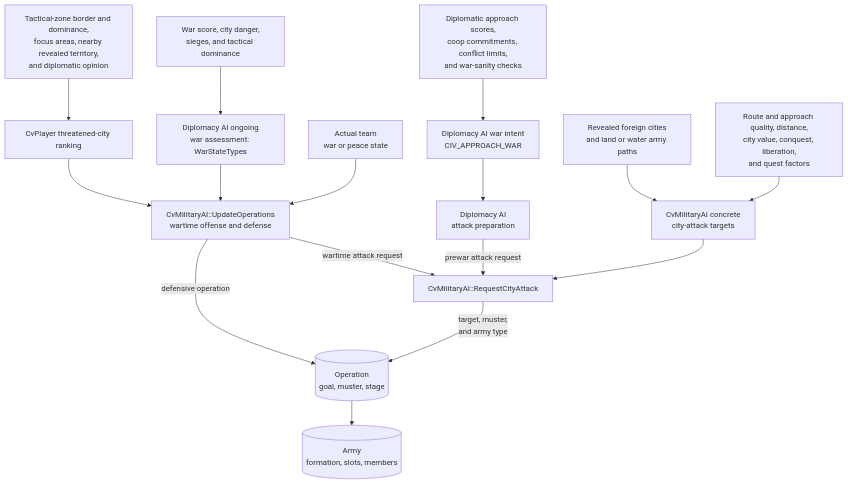
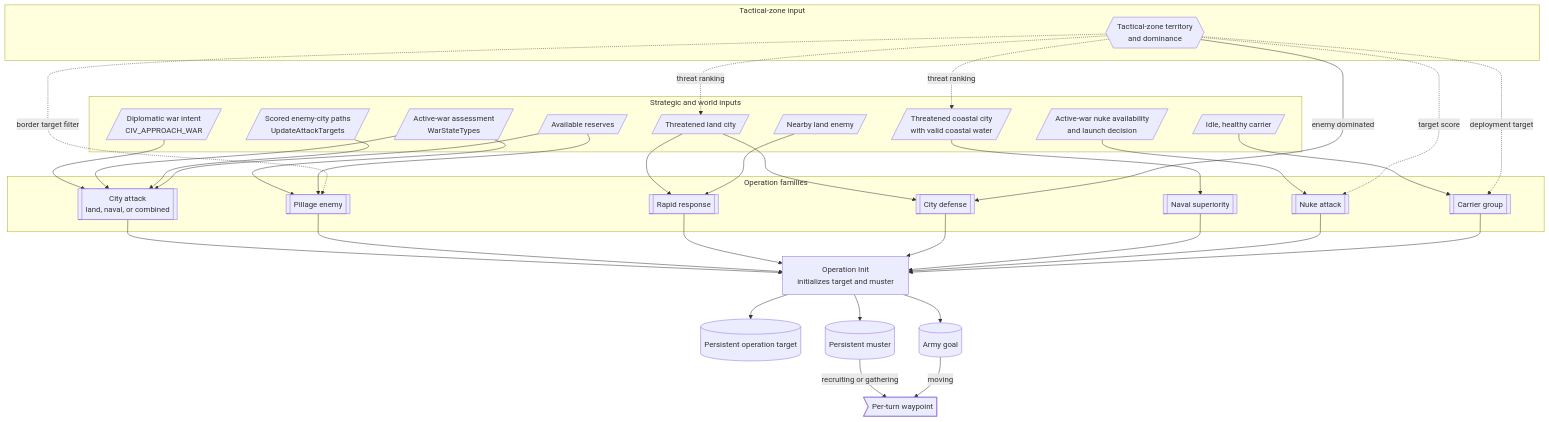
Before and after one commit to vox-deorum/vox-deorum: the first of 3 diagrams in docs/developers/civ5-dll/unit-ai/military-unit-operation.md, drawn with Mermaid. The commit also changed other lines of this file, not shown here.

````diff
--- a/docs/developers/civ5-dll/unit-ai/military-unit-operation.md
+++ b/docs/developers/civ5-dll/unit-ai/military-unit-operation.md
@@ -30,34 +30,61 @@
 ```mermaid
 flowchart TD
-    DS[Diplomatic approach scores,<br/>coop commitments, conflict limits,<br/>and war-sanity checks]
-    WI[Diplomacy AI war intent<br/>CIV_APPROACH_WAR]
-    WD[War score, city danger,<br/>sieges, and tactical dominance]
-    WS[Diplomacy AI ongoing<br/>war assessment: WarStateTypes]
-    AW[Actual team<br/>war or peace state]
-    CS[Tactical-zone border and dominance,<br/>focus areas, nearby revealed territory,<br/>and diplomatic opinion]
-    CT[CvPlayer threatened-city ranking]
-    AP[Revealed foreign cities<br/>and land or water army paths]
-    AS[Route and approach quality, distance,<br/>city value, conquest, liberation,<br/>and quest factors]
-    AT[CvMilitaryAI concrete<br/>city-attack targets]
-    DP[Diplomacy AI<br/>attack preparation]
-    UO[CvMilitaryAI::UpdateOperations<br/>wartime offense and defense]
-    RA[CvMilitaryAI::RequestCityAttack]
-    O[(Operation<br/>goal, muster, stage)]
-    A[(Army<br/>formation, slots, members)]
-
-    DS --> WI
-    WD --> WS
-    CS --> CT
-    AP --> AT
-    AS --> AT
-    WI --> DP
-    DP -->|prewar attack request| RA
-    AW --> UO
-    WS --> UO
-    CT --> UO
-    UO -->|wartime attack request| RA
-    UO -->|defensive operation| O
-    AT --> RA
-    RA -->|target, muster,<br/>and army type| O
-    O --> A
+    subgraph STRAT[Strategic and world inputs]
+        WI[/Diplomatic war intent<br/>CIV_APPROACH_WAR/]
+        WA[/Active-war assessment<br/>WarStateTypes/]
+        PATH[/Scored enemy-city paths<br/>UpdateAttackTargets/]
+        RES[/Available reserves/]
+        TH[/Threatened land city/]
+        NE[/Nearby land enemy/]
+        TC[/Threatened coastal city<br/>with valid coastal water/]
+        NK[/Active-war nuke availability<br/>and launch decision/]
+        IC[/Idle, healthy carrier/]
+    end
+    subgraph TACT[Tactical-zone input]
+        TZ{{Tactical-zone territory<br/>and dominance}}
+    end
+    subgraph FAM[Operation families]
+        ATTACK[[City attack<br/>land, naval, or combined]]
+        PILLAGE[[Pillage enemy]]
+        RAPID[[Rapid response]]
+        CITYDEF[[City defense]]
+        NAVDEF[[Naval superiority]]
+        NUKE[[Nuke attack]]
+        CARRIER[[Carrier group]]
+    end
+    WI --> ATTACK
+    WA --> ATTACK
+    PATH --> ATTACK
+    RES --> ATTACK
+    WA --> PILLAGE
+    RES --> PILLAGE
+    TH --> RAPID
+    NE --> RAPID
+    TH --> CITYDEF
+    TC --> NAVDEF
+    NK --> NUKE
+    IC --> CARRIER
+    TZ -. threat ranking .-> TH
+    TZ -. threat ranking .-> TC
+    TZ -->|enemy dominated| CITYDEF
+    TZ -. border target filter .-> PILLAGE
+    TZ -. target score .-> NUKE
+    TZ -. deployment target .-> CARRIER
+    INIT[Operation Init<br/>initializes target and muster]
+    TARGET[(Persistent operation target)]
+    MUSTER[(Persistent muster)]
+    GOAL[(Army goal)]
+    WAY>Per-turn waypoint]
+    ATTACK --> INIT
+    PILLAGE --> INIT
+    RAPID --> INIT
+    CITYDEF --> INIT
+    NAVDEF --> INIT
+    NUKE --> INIT
+    CARRIER --> INIT
+    INIT --> TARGET
+    INIT --> MUSTER
+    INIT --> GOAL
+    MUSTER -->|recruiting or gathering| WAY
+    GOAL -->|moving| WAY
 ```
````
